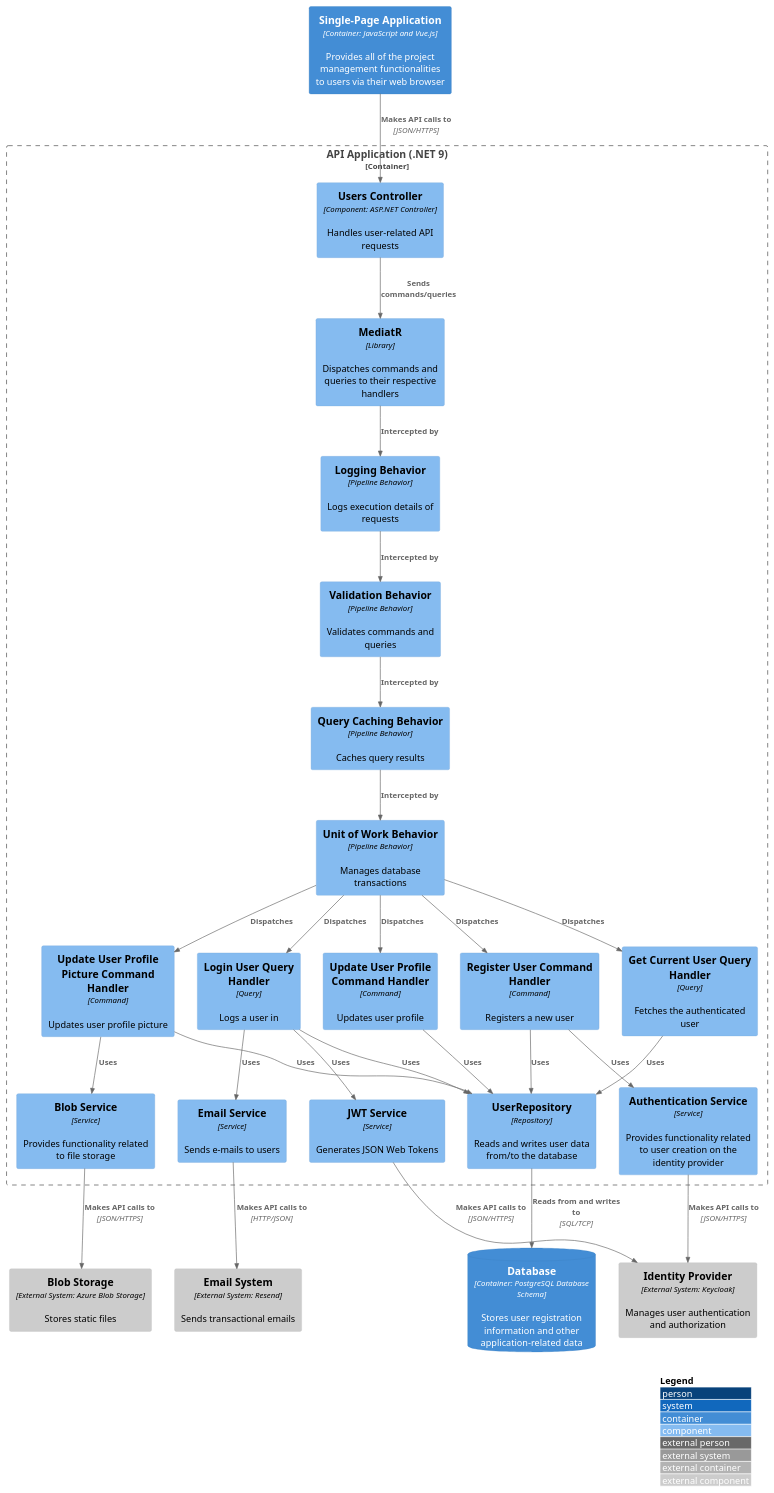
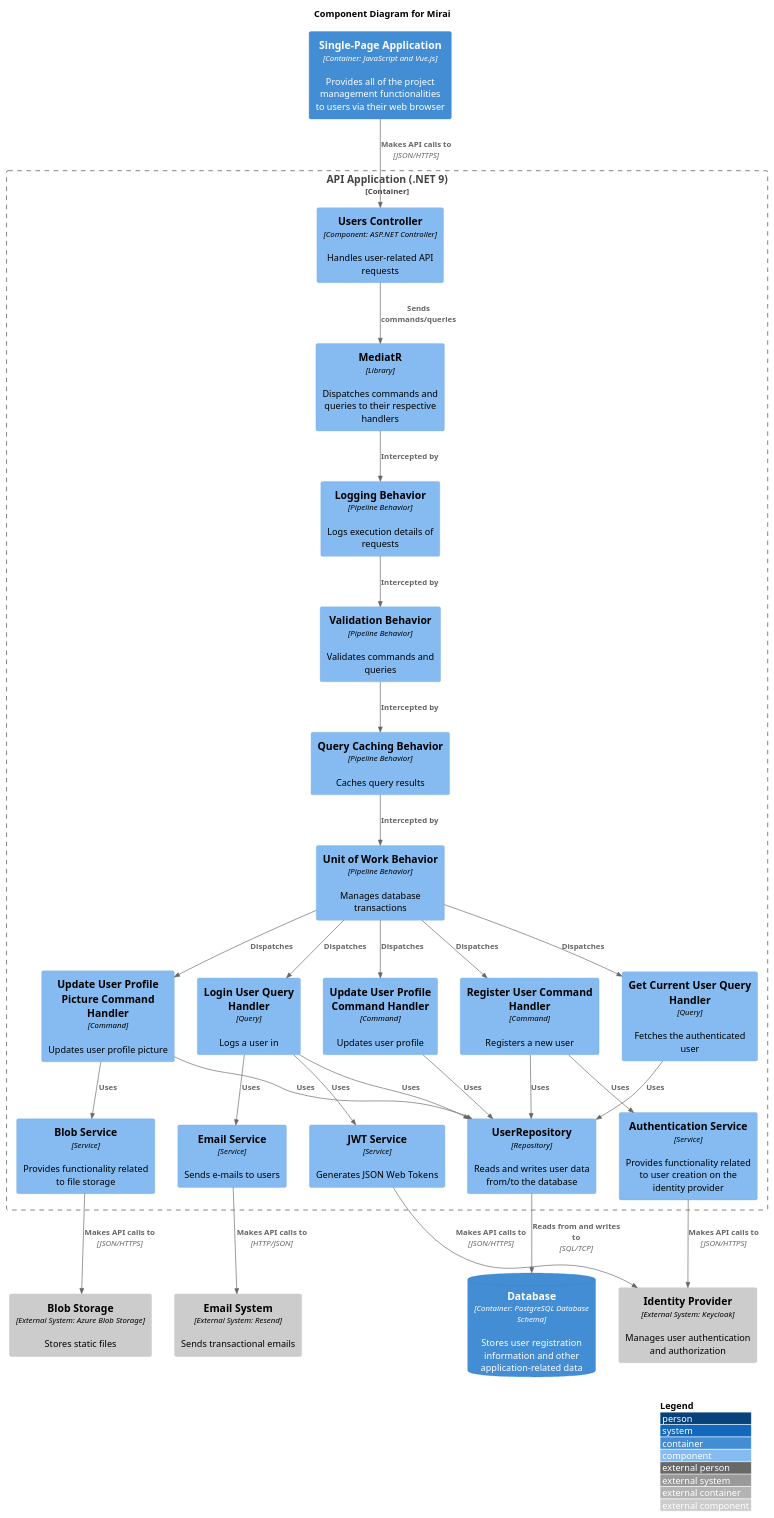
One commit to kauanhindlmayer/mirai-docs changed the diagram in docs/diagrams/component-diagram.puml. Above: the diagram before and after it, drawn with PlantUML. The commit also changed 9 other files, not shown here.

Commit message:
docs: add work item state diagram

```diff
--- a/docs/diagrams/component-diagram.puml
+++ b/docs/diagrams/component-diagram.puml
@@ -1,72 +1,73 @@
 @startuml "component-diagram"
 !includeurl https://raw.githubusercontent.com/plantuml-stdlib/C4-PlantUML/master/C4_Component.puml
+title Component Diagram for Mirai
 
 LAYOUT_WITH_LEGEND()
 
 ' External containers
 Container(spa, "Single-Page Application", "Container: JavaScript and Vue.js", "Provides all of the project management functionalities to users via their web browser")
 
 ' External systems
 Component_Ext(keycloak, "Identity Provider", "External System: Keycloak", "Manages user authentication and authorization")
 Component_Ext(blobStorage, "Blob Storage", "External System: Azure Blob Storage", "Stores static files")
 Component_Ext(resend, "Email System", "External System: Resend", "Sends transactional emails")
 
 ' Databases
 ContainerDb(postgresDb, "Database", "Container: PostgreSQL Database Schema", "Stores user registration information and other application-related data")
 
 Container_Boundary(apiApp, "API Application (.NET 9)") {
   Component(usersController, "Users Controller", "Component: ASP.NET Controller", "Handles user-related API requests")
   Component(mediator, "MediatR", "Library", "Dispatches commands and queries to their respective handlers")
   Component(loggingBehavior, "Logging Behavior", "Pipeline Behavior", "Logs execution details of requests")
   Component(validationBehavior, "Validation Behavior", "Pipeline Behavior", "Validates commands and queries")
   Component(queryCachingBehavior, "Query Caching Behavior", "Pipeline Behavior", "Caches query results")
   Component(unitOfWorkBehavior, "Unit of Work Behavior", "Pipeline Behavior", "Manages database transactions")
 
   Component(registerUserCommand, "Register User Command Handler", "Command", "Registers a new user")
   Component(loginUserQuery, "Login User Query Handler", "Query", "Logs a user in")
   Component(GetCurrentUserQuery, "Get Current User Query Handler", "Query", "Fetches the authenticated user")
   Component(UpdateUserProfileCommand, "Update User Profile Command Handler", "Command", "Updates user profile")
   Component(UpdateUserProfilePictureCommand, "Update User Profile Picture Command Handler", "Command", "Updates user profile picture")
 
   Component(blobService, "Blob Service", "Service", "Provides functionality related to file storage")
   Component(authenticationService, "Authentication Service", "Service", "Provides functionality related to user creation on the identity provider")
   Component(jwtService, "JWT Service", "Service", "Generates JSON Web Tokens")
   Component(emailService, "Email Service", "Service", "Sends e-mails to users")
   Component(userRepository, "UserRepository", "Repository", "Reads and writes user data from/to the database")
 }
 
 ' Relationships
 Rel(spa, usersController, "Makes API calls to", "JSON/HTTPS")
 Rel(usersController, mediator, "Sends commands/queries")
 
 Rel(mediator, loggingBehavior, "Intercepted by")
 Rel(loggingBehavior, validationBehavior, "Intercepted by")
 Rel(validationBehavior, queryCachingBehavior, "Intercepted by")
 Rel(queryCachingBehavior, unitOfWorkBehavior, "Intercepted by")
 
 Rel(unitOfWorkBehavior, registerUserCommand, "Dispatches")
 Rel(unitOfWorkBehavior, loginUserQuery, "Dispatches")
 Rel(unitOfWorkBehavior, GetCurrentUserQuery, "Dispatches")
 Rel(unitOfWorkBehavior, UpdateUserProfileCommand, "Dispatches")
 Rel(unitOfWorkBehavior, UpdateUserProfilePictureCommand, "Dispatches")
 
 Rel(registerUserCommand, userRepository, "Uses")
 Rel(loginUserQuery, userRepository, "Uses")
 Rel(GetCurrentUserQuery, userRepository, "Uses")
 Rel(UpdateUserProfileCommand, userRepository, "Uses")
 Rel(UpdateUserProfilePictureCommand, userRepository, "Uses")
 Rel(userRepository, postgresDb, "Reads from and writes to", "SQL/TCP")
 
 Rel(registerUserCommand, authenticationService, "Uses")
 Rel(authenticationService, keycloak, "Makes API calls to", "JSON/HTTPS")
 
 Rel(loginUserQuery, jwtService, "Uses")
 Rel(jwtService, keycloak, "Makes API calls to", "JSON/HTTPS")
 
 Rel(loginUserQuery, emailService, "Uses")
 Rel(emailService, resend, "Makes API calls to", "HTTP/JSON")
 
 Rel(UpdateUserProfilePictureCommand, blobService, "Uses")
 Rel(blobService, blobStorage, "Makes API calls to", "JSON/HTTPS")
 
 @enduml
```
